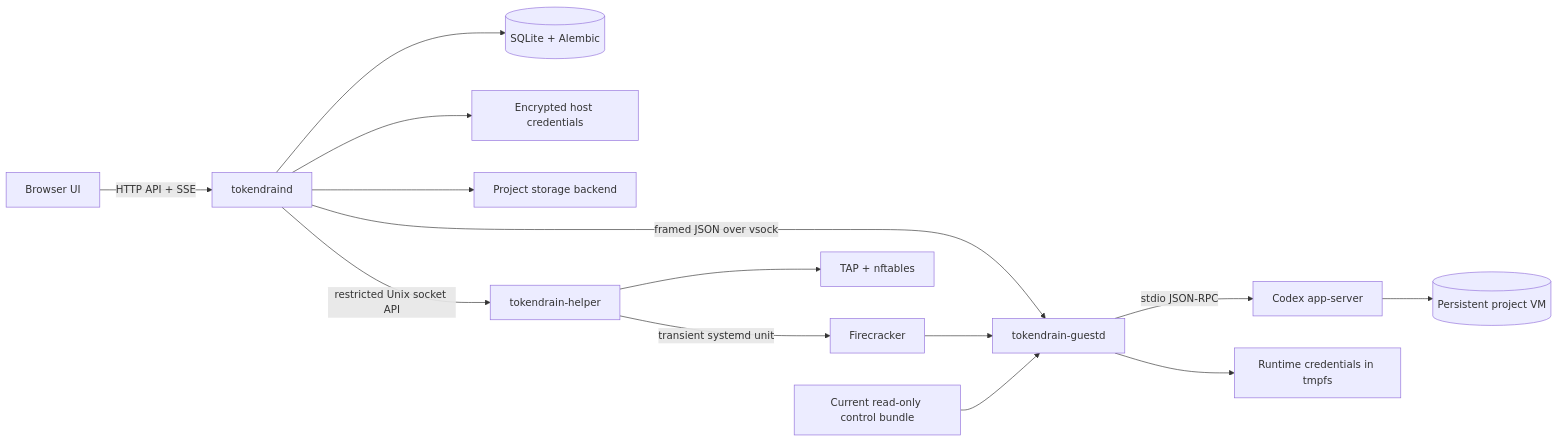
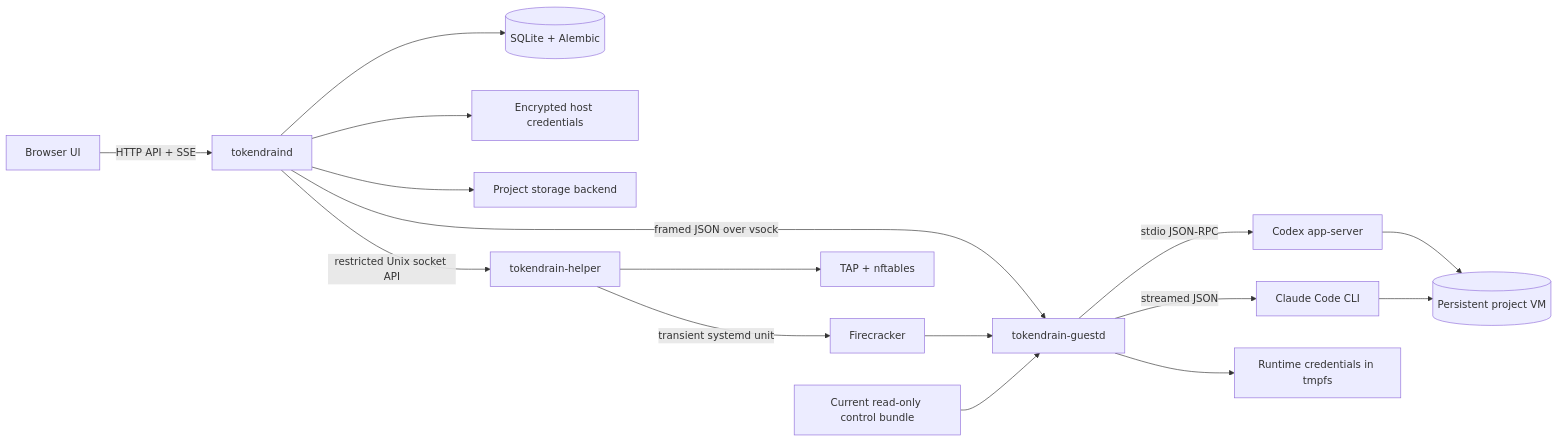
One commit to FerranAD/tokendrain changed the first of 2 diagrams in docs/architecture.md. Above: the diagram before and after it, drawn with Mermaid. The commit also changed other lines of this file and 41 other files, not shown here.

````diff
--- a/docs/architecture.md
+++ b/docs/architecture.md
@@ -7,16 +7,18 @@
 ```mermaid
 flowchart LR
     Browser[Browser UI] -->|HTTP API + SSE| Daemon[tokendraind]
     Daemon --> DB[(SQLite + Alembic)]
     Daemon --> Vault[Encrypted host credentials]
     Daemon --> Storage[Project storage backend]
     Daemon -->|restricted Unix socket API| Helper[tokendrain-helper]
     Helper -->|transient systemd unit| VMM[Firecracker]
     Helper --> Firewall[TAP + nftables]
     Daemon -->|framed JSON over vsock| Guest[tokendrain-guestd]
     VMM --> Guest
     Guest -->|stdio JSON-RPC| Codex[Codex app-server]
+    Guest -->|streamed JSON| Claude[Claude Code CLI]
     Codex --> Machine[(Persistent project VM)]
+    Claude --> Machine
     Control[Current read-only control bundle] --> Guest
     Guest --> Runtime[Runtime credentials in tmpfs]
 ```
````
